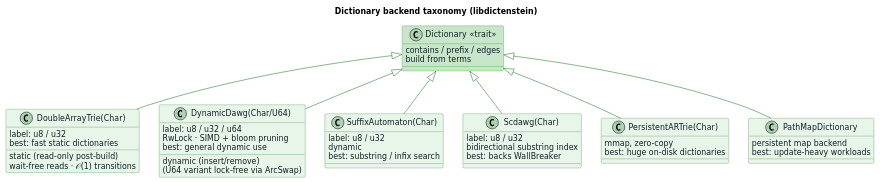
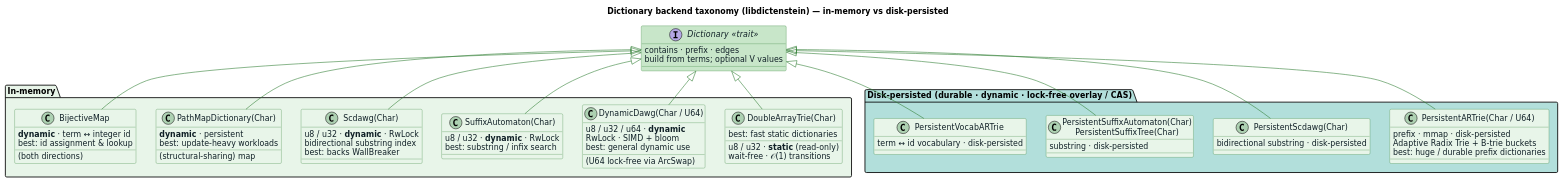
The diagram in docs/diagrams/dictionary-structures/backend-taxonomy.puml (vinary-tree/liblevenshtein-rust), drawn with PlantUML before and after one commit. The commit also changed 25 other files, not shown here.

First line of the commit message:
docs: update backend diagrams and archive limitation

```diff
--- a/docs/diagrams/dictionary-structures/backend-taxonomy.puml
+++ b/docs/diagrams/dictionary-structures/backend-taxonomy.puml
@@ -1,61 +1,85 @@
 @startuml backend-taxonomy
 ' The dictionary backends provided by libdictenstein and exposed through
-' liblevenshtein. All implement the Dictionary trait; they differ in mutability,
-' label width (u8 / u32 / u64), concurrency strategy, and intended workload.
+' liblevenshtein. All implement the Dictionary trait; they split into an
+' IN-MEMORY family and a DISK-PERSISTED (durable, non-volatile) family. Every
+' Persistent* type is DYNAMIC (insert/remove) with a lock-free on-disk overlay —
+' "persistent" = persisted to disk, NOT immutable. Each has a *Char UTF-8 variant.
 skinparam backgroundColor #FFFFFF
 skinparam shadowing false
 skinparam defaultFontName "DejaVu Sans"
 skinparam class {
   BackgroundColor #E8F5E9
   BorderColor #2E7D32
   FontColor #102027
   AttributeFontColor #102027
 }
 skinparam ArrowColor #2E7D32
 
-title Dictionary backend taxonomy (libdictenstein)
+title Dictionary backend taxonomy (libdictenstein) — in-memory vs disk-persisted
 
-class "Dictionary  «trait»" as T #C8E6C9 {
-  contains / prefix / edges
-  build from terms
+interface "Dictionary  «trait»" as T #C8E6C9 {
+  contains · prefix · edges
+  build from terms; optional V values
 }
 
-class "DoubleArrayTrie(Char)" as DAT {
-  label: u8 / u32
-  static (read-only post-build)
-  wait-free reads · 𝒪(1) transitions
-  best: fast static dictionaries
+package "In-memory" #E8F5E9 {
+  class "DoubleArrayTrie(Char)" as DAT {
+    u8 / u32 · **static** (read-only)
+    wait-free · 𝒪(1) transitions
+    best: fast static dictionaries
+  }
+  class "DynamicDawg(Char / U64)" as DD {
+    u8 / u32 / u64 · **dynamic**
+    RwLock · SIMD + bloom
+    (U64 lock-free via ArcSwap)
+    best: general dynamic use
+  }
+  class "SuffixAutomaton(Char)" as SA {
+    u8 / u32 · **dynamic** · RwLock
+    best: substring / infix search
+  }
+  class "Scdawg(Char)" as SC {
+    u8 / u32 · **dynamic** · RwLock
+    bidirectional substring index
+    best: backs WallBreaker
+  }
+  class "PathMapDictionary(Char)" as PM {
+    **dynamic** · persistent
+    (structural-sharing) map
+    best: update-heavy workloads
+  }
+  class "BijectiveMap" as BIJ {
+    **dynamic** · term ↔ integer id
+    (both directions)
+    best: id assignment & lookup
+  }
 }
-class "DynamicDawg(Char/U64)" as DD {
-  label: u8 / u32 / u64
-  dynamic (insert/remove)
-  RwLock · SIMD + bloom pruning
-  (U64 variant lock-free via ArcSwap)
-  best: general dynamic use
-}
-class "SuffixAutomaton(Char)" as SA {
-  label: u8 / u32
-  dynamic
-  best: substring / infix search
-}
-class "Scdawg(Char)" as SC {
-  label: u8 / u32
-  bidirectional substring index
-  best: backs WallBreaker
-}
-class "PersistentARTrie(Char)" as ART {
-  mmap, zero-copy
-  best: huge on-disk dictionaries
-}
-class "PathMapDictionary" as PM {
-  persistent map backend
-  best: update-heavy workloads
+
+package "Disk-persisted  (durable · dynamic · lock-free overlay / CAS)" #B2DFDB {
+  class "PersistentARTrie(Char / U64)" as PART {
+    prefix · mmap · disk-persisted
+    Adaptive Radix Trie + B-trie buckets
+    best: huge / durable prefix dictionaries
+  }
+  class "PersistentScdawg(Char)" as PSC {
+    bidirectional substring · disk-persisted
+  }
+  class "PersistentSuffixAutomaton(Char)\nPersistentSuffixTree(Char)" as PSA {
+    substring · disk-persisted
+  }
+  class "PersistentVocabARTrie" as PV {
+    term ↔ id vocabulary · disk-persisted
+  }
 }
 
 T <|-- DAT
 T <|-- DD
 T <|-- SA
 T <|-- SC
-T <|-- ART
 T <|-- PM
+T <|-- BIJ
+T <|-- PART
+T <|-- PSC
+T <|-- PSA
+T <|-- PV
 @enduml
```
